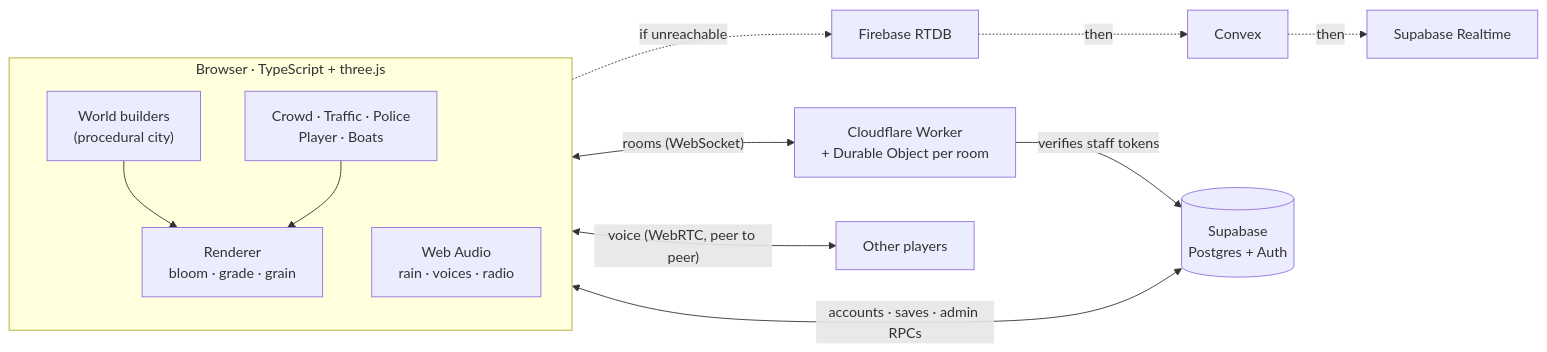
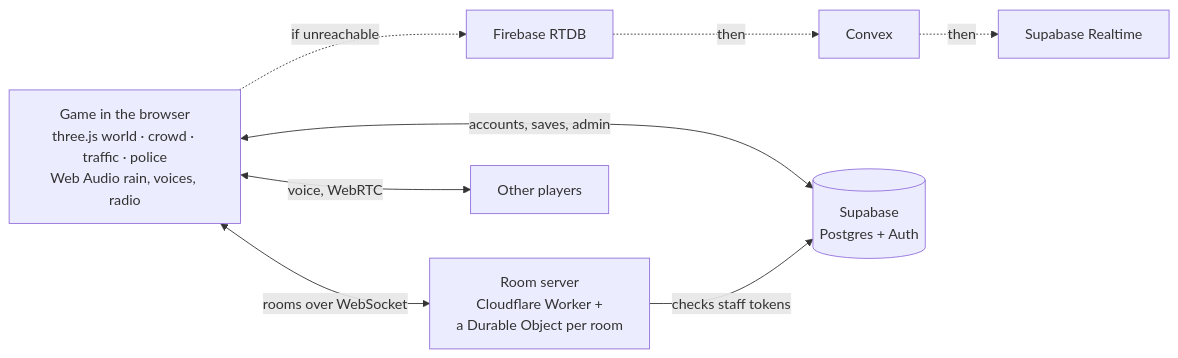
Before and after one commit to shipking-ai/nightfall: the diagram in README.md, drawn with Mermaid.

Commit message:
README: simpler architecture diagram

````diff
--- a/README.md
+++ b/README.md
@@ -85,13 +85,17 @@
 ```mermaid
 flowchart LR
-  subgraph Browser["Browser · TypeScript + three.js"]
-    W["World builders<br/>(procedural city)"] --> R["Renderer<br/>bloom · grade · grain"]
-    S["Crowd · Traffic · Police<br/>Player · Boats"] --> R
-    A["Web Audio<br/>rain · voices · radio"]
-  end
-  Browser <-- "rooms (WebSocket)" --> CF["Cloudflare Worker<br/>+ Durable Object per room"]
-  Browser -. "if unreachable" .-> FB["Firebase RTDB"] -. then .-> CX["Convex"] -. then .-> SR["Supabase Realtime"]
-  Browser <-- "accounts · saves · admin RPCs" --> SB[("Supabase<br/>Postgres + Auth")]
-  CF -- "verifies staff tokens" --> SB
-  Browser <-- "voice (WebRTC, peer to peer)" --> P2P["Other players"]
+  G["Game in the browser<br/>three.js world · crowd · traffic · police<br/>Web Audio rain, voices, radio"]
+  CF["Room server<br/>Cloudflare Worker +<br/>a Durable Object per room"]
+  FB["Firebase RTDB"]
+  CX["Convex"]
+  SR["Supabase Realtime"]
+  SB[("Supabase<br/>Postgres + Auth")]
+  P["Other players"]
+  G <-->|rooms over WebSocket| CF
+  G -.->|if unreachable| FB
+  FB -.->|then| CX
+  CX -.->|then| SR
+  G <-->|accounts, saves, admin| SB
+  CF -->|checks staff tokens| SB
+  G <-->|voice, WebRTC| P
 ```
````
